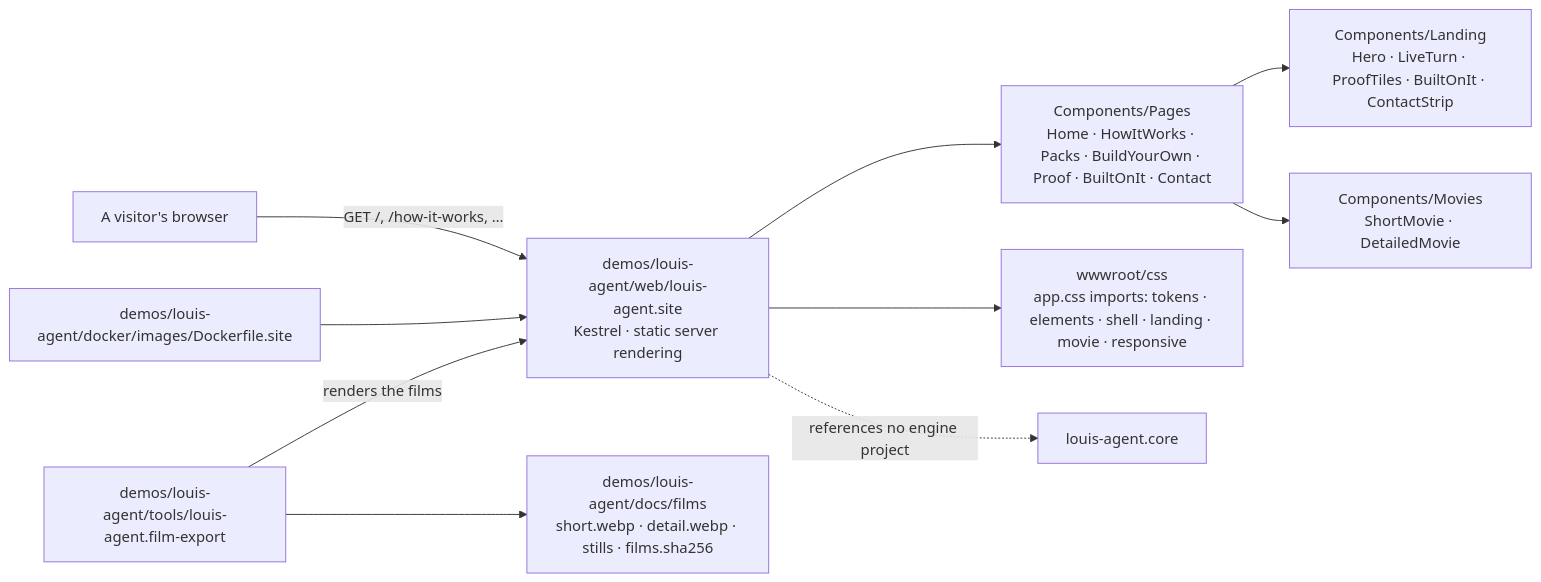
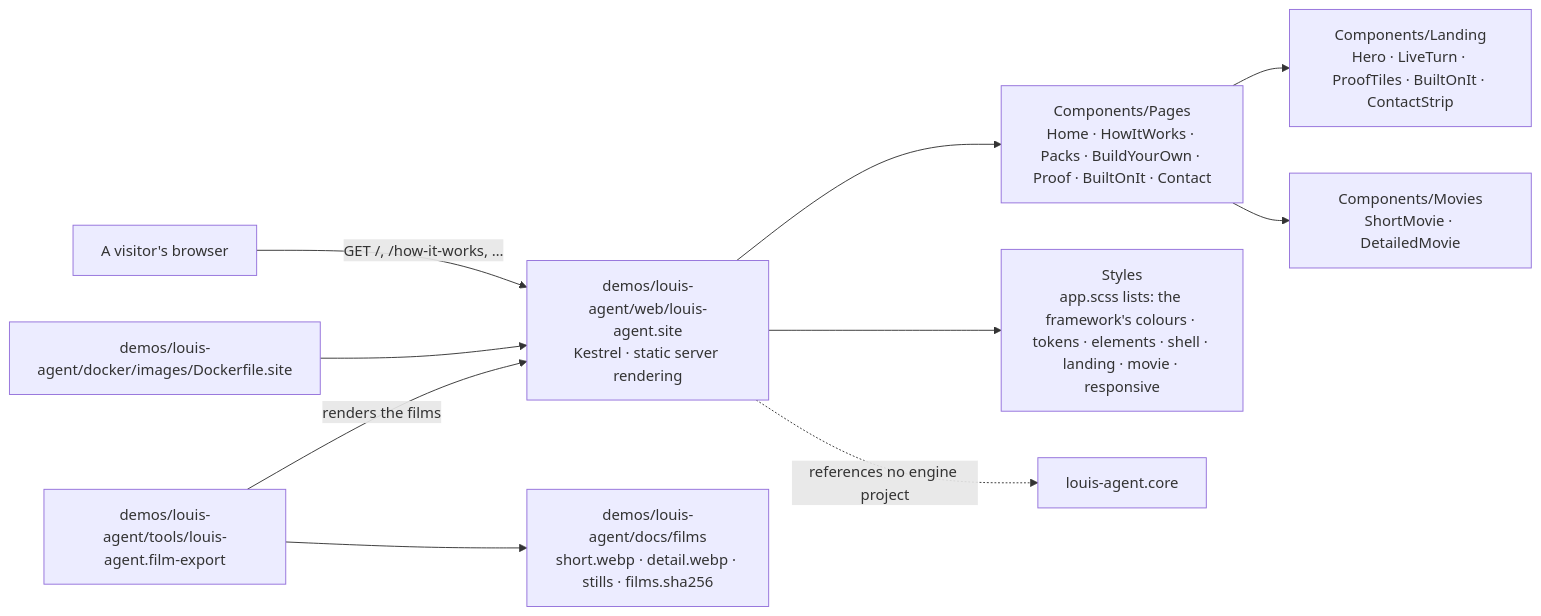
The diagram in demos/louis-agent/docs/projects/louis-agent.site.md (bosbevk/louis-agent), drawn with Mermaid before and after one commit. The commit also changed other lines of this file and 38 other files, not shown here.

First line of the commit message:
feat(f59.12): the static site is the coding agent's landing page, on the framework's colours

````diff
--- a/demos/louis-agent/docs/projects/louis-agent.site.md
+++ b/demos/louis-agent/docs/projects/louis-agent.site.md
@@ -42,12 +42,12 @@
 ```mermaid
 flowchart LR
     browser["A visitor's browser"] -->|GET /, /how-it-works, …| site["demos/louis-agent/web/louis-agent.site<br/>Kestrel · static server rendering"]
     site --> pages["Components/Pages<br/>Home · HowItWorks · Packs · BuildYourOwn · Proof · BuiltOnIt · Contact"]
     pages --> landing["Components/Landing<br/>Hero · LiveTurn · ProofTiles · BuiltOnIt · ContactStrip"]
     pages --> films["Components/Movies<br/>ShortMovie · DetailedMovie"]
-    site --> css["wwwroot/css<br/>app.css imports: tokens · elements · shell · landing · movie · responsive"]
+    site --> css["Styles<br/>app.scss lists: the framework's colours · tokens · elements · shell · landing · movie · responsive"]
     docker["demos/louis-agent/docker/images/Dockerfile.site"] --> site
     site -. references no engine project .-> core["louis-agent.core"]
     tool["demos/louis-agent/tools/louis-agent.film-export"] -->|renders the films| site
     tool --> films2["demos/louis-agent/docs/films<br/>short.webp · detail.webp · stills · films.sha256"]
 ```
````
